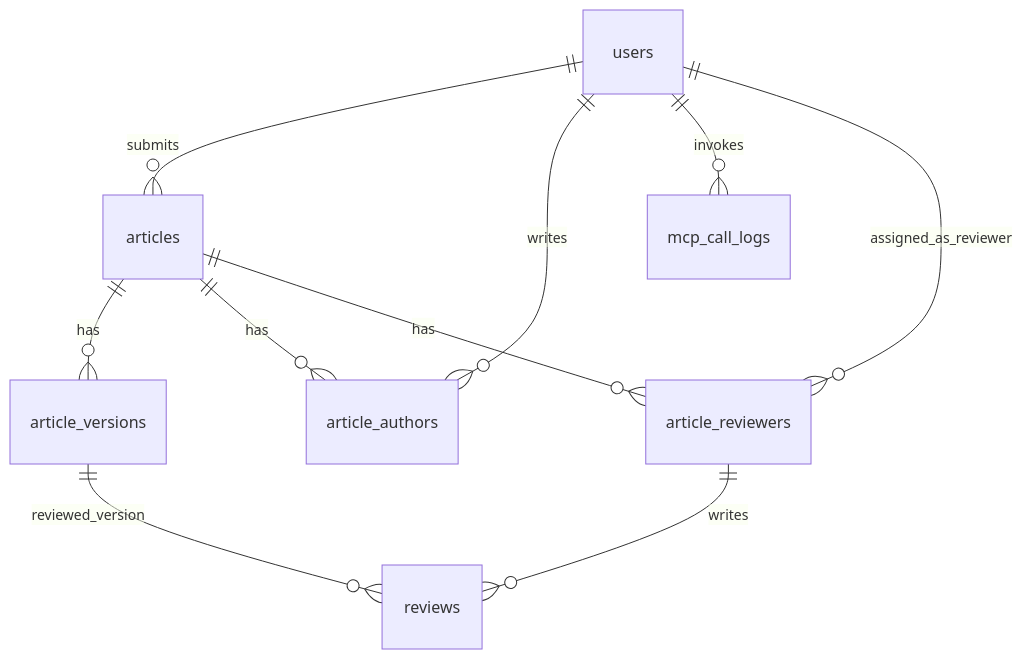
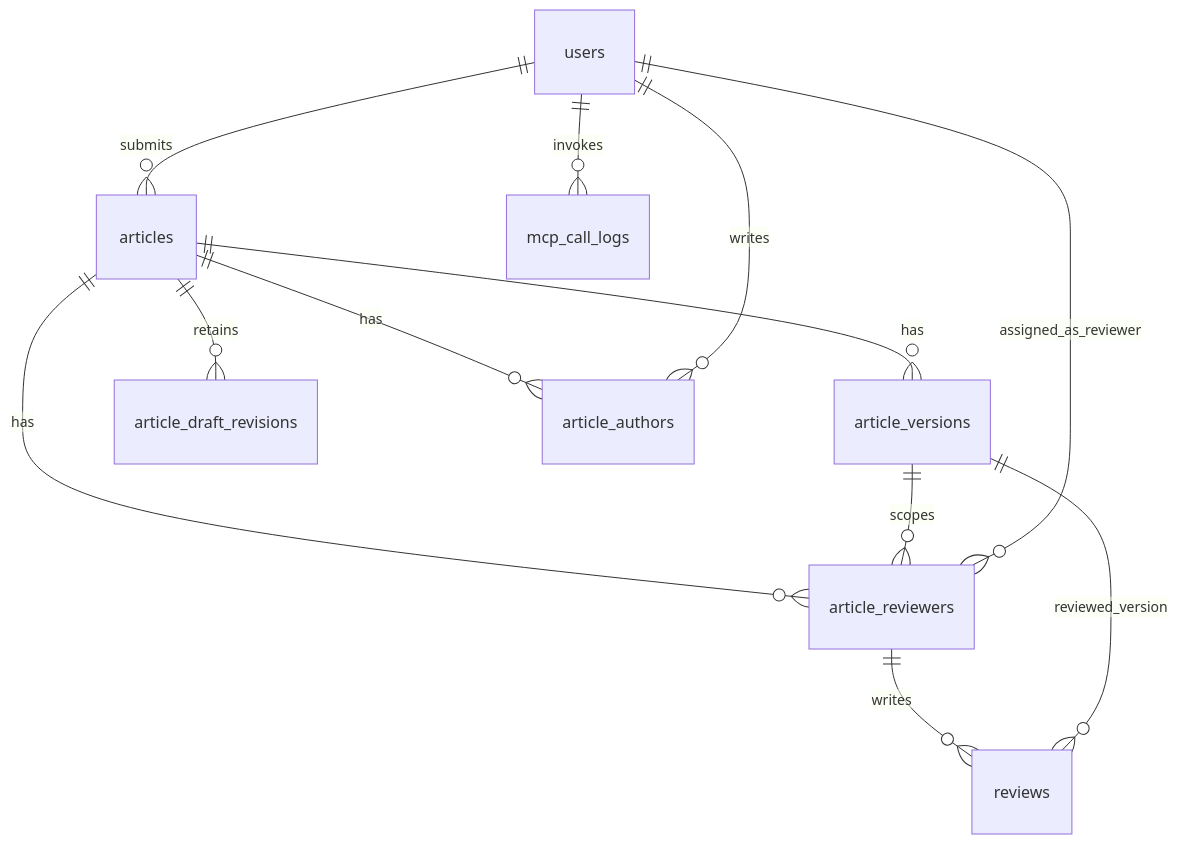
The diagram in docs/database-schema.md (Pontmousse/albayan), drawn with Mermaid before and after one commit. The commit also changed other lines of this file and 89 other files, not shown here.

````diff
--- a/docs/database-schema.md
+++ b/docs/database-schema.md
@@ -37,12 +39,14 @@
 ```mermaid
 erDiagram
     users ||--o{ articles : submits
     articles ||--o{ article_versions : has
+    articles ||--o{ article_draft_revisions : retains
     articles ||--o{ article_authors : has
     users ||--o{ article_authors : writes
     users ||--o{ mcp_call_logs : invokes
     articles ||--o{ article_reviewers : has
+    article_versions ||--o{ article_reviewers : scopes
     users ||--o{ article_reviewers : assigned_as_reviewer
     article_reviewers ||--o{ reviews : writes
     article_versions ||--o{ reviews : reviewed_version
 ```
````
